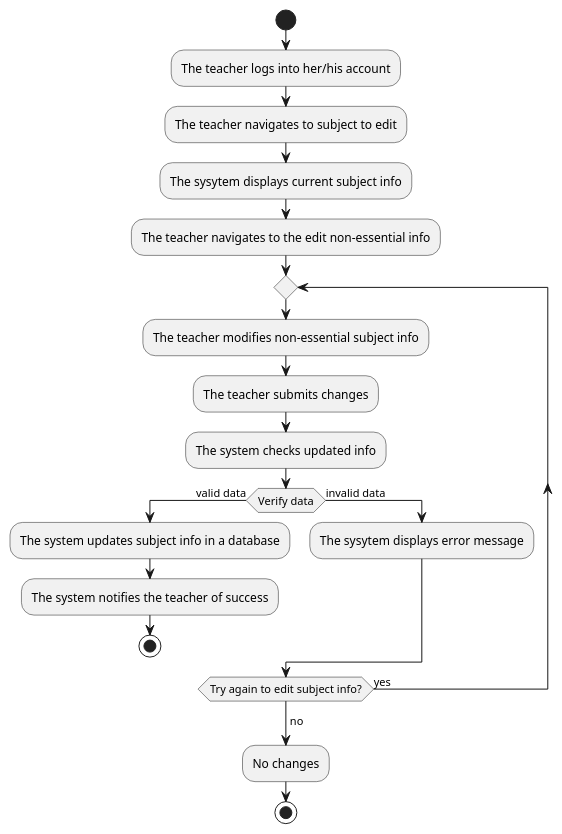
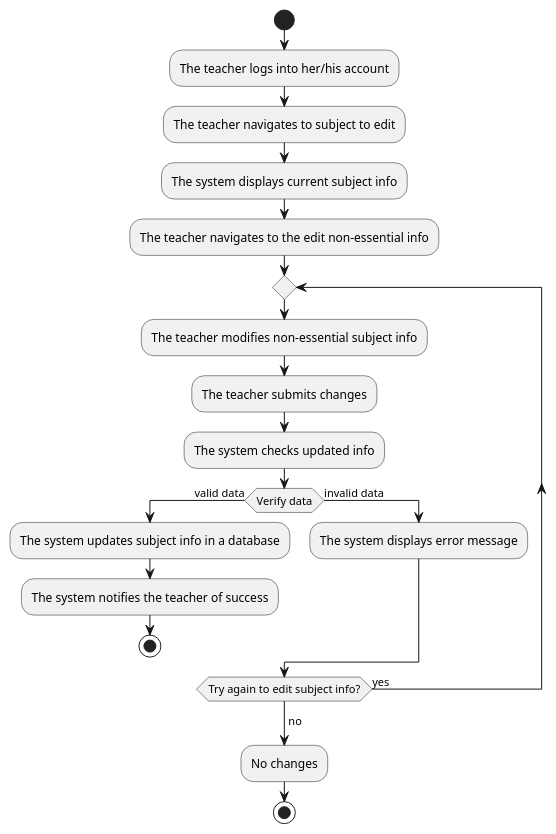
Before and after one commit to Lukide0/SoftwareEngineering: the third of 7 diagrams in seminar-work.md, drawn with PlantUML. The commit also changed other lines of this file and 7 other files, not shown here.

````diff
--- a/seminar-work.md
+++ b/seminar-work.md
@@ -204,24 +293,24 @@
 ```plantuml
 @startuml
 start
 :The teacher logs into her/his account;
 :The teacher navigates to subject to edit;
-:The sysytem displays current subject info;
+:The system displays current subject info;
 :The teacher navigates to the edit non-essential info;
 repeat
     :The teacher modifies non-essential subject info;
     :The teacher submits changes;
     :The system checks updated info;
     if (Verify data) then (valid data)
         :The system updates subject info in a database;
         :The system notifies the teacher of success;
         stop
     else (invalid data)
-        :The sysytem displays error message;
+        :The system displays error message;
     endif
 repeat while (Try again to edit subject info?) is (yes)
 ->no;
 :No changes;
 stop
 @enduml
 ```
````
